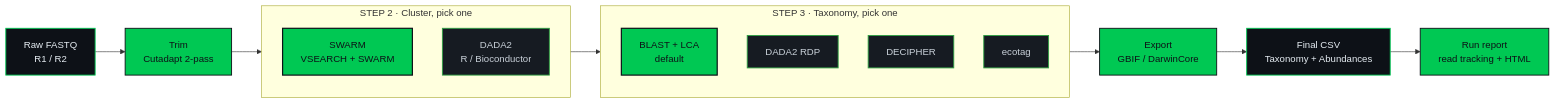
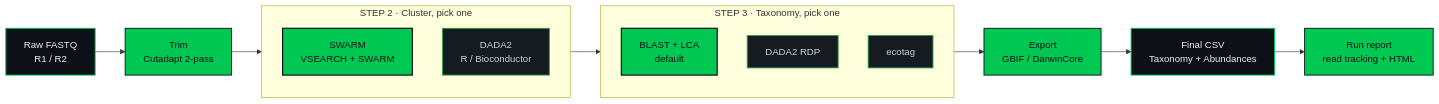
One commit to WildinSync/wis_seednap changed the diagram in README.md. Above: the diagram before and after it, drawn with Mermaid. The commit also changed other lines of this file and 42 other files, not shown here.

````diff
--- a/README.md
+++ b/README.md
@@ -36,31 +36,30 @@
 ```mermaid
 flowchart LR
     raw[Raw FASTQ<br/>R1 / R2]:::io
     trim[Trim<br/>Cutadapt 2-pass]:::pass
 
     subgraph s2 [STEP 2 · Cluster, pick one]
         direction TB
         swarm[SWARM<br/>VSEARCH + SWARM]:::reco
         dada2[DADA2<br/>R / Bioconductor]:::alt
     end
 
     subgraph s3 [STEP 3 · Taxonomy, pick one]
         direction TB
         blast[BLAST + LCA<br/>default]:::reco
         rdp[DADA2 RDP]:::alt
-        decipher[DECIPHER]:::alt
         ecotag[ecotag]:::alt
     end
 
     export[Export<br/>GBIF / DarwinCore]:::pass
     final[Final CSV<br/>Taxonomy + Abundances]:::io
     report[Run report<br/>read tracking + HTML]:::pass
 
     raw --> trim --> s2 --> s3 --> export --> final
     final --> report
 
     classDef io fill:#0D1117,stroke:#00C853,stroke-width:1.5px,color:#e6edf3
     classDef pass fill:#00C853,stroke:#0D1117,stroke-width:1.5px,color:#0D1117
     classDef reco fill:#00C853,stroke:#0D1117,stroke-width:2px,color:#0D1117
     classDef alt fill:#161B22,stroke:#2EA043,stroke-width:1.5px,color:#c9d1d9
 ```
````
